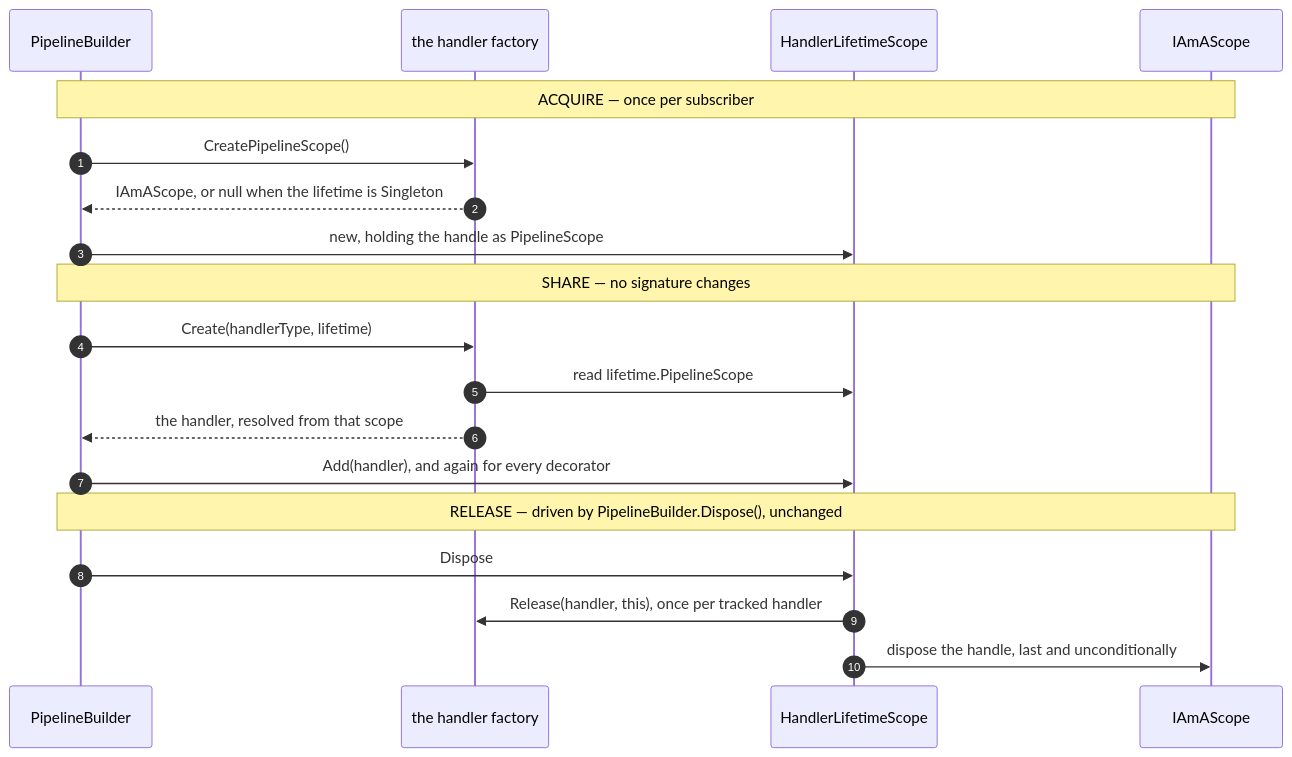
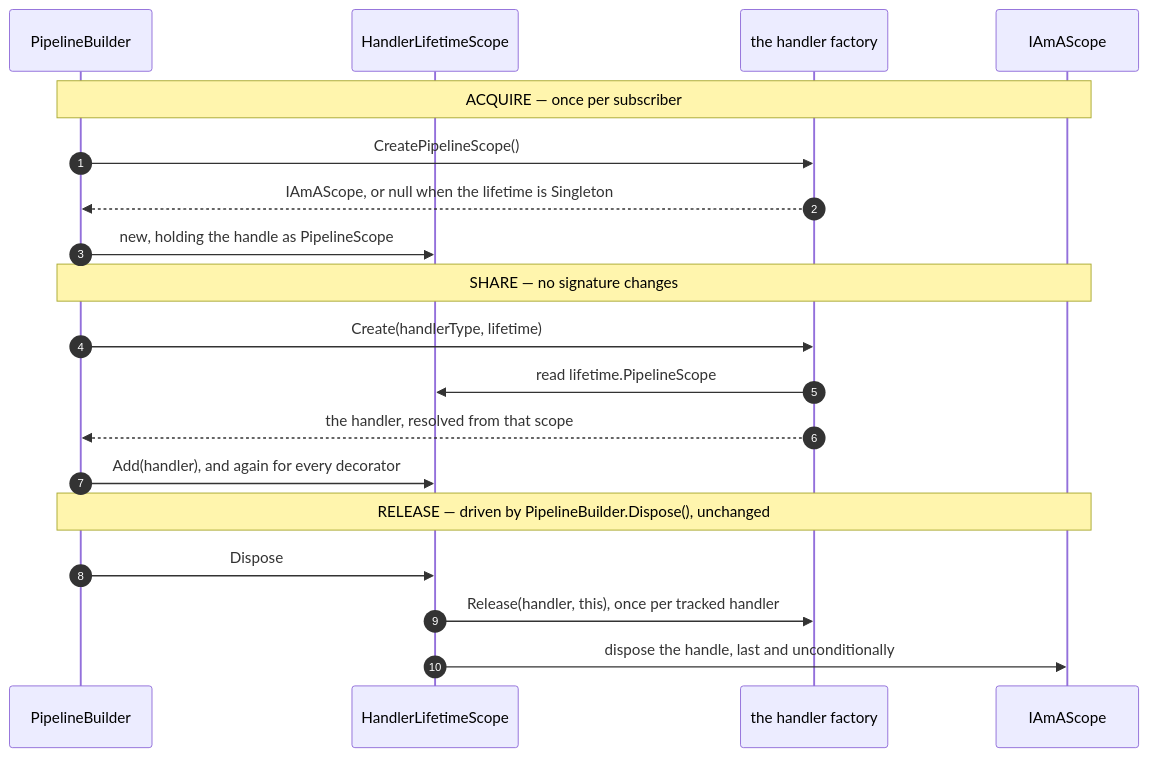
The second of 3 diagrams in docs/adr/0071-pipeline-scope-handle-for-handler-pipelines.md (BrighterCommand/Brighter), drawn with Mermaid before and after one commit. The commit also changed other lines of this file, not shown here.

````diff
--- a/docs/adr/0071-pipeline-scope-handle-for-handler-pipelines.md
+++ b/docs/adr/0071-pipeline-scope-handle-for-handler-pipelines.md
@@ -121,24 +121,24 @@
 ```mermaid
 sequenceDiagram
     autonumber
     participant Builder as PipelineBuilder
+    participant Lifetime as HandlerLifetimeScope
     participant Factory as the handler factory
-    participant Lifetime as HandlerLifetimeScope
     participant Scope as IAmAScope
 
     Note over Builder,Scope: ACQUIRE — once per subscriber
     Builder->>Factory: CreatePipelineScope()
     Factory-->>Builder: IAmAScope, or null when the lifetime is Singleton
     Builder->>Lifetime: new, holding the handle as PipelineScope
 
     Note over Builder,Scope: SHARE — no signature changes
     Builder->>Factory: Create(handlerType, lifetime)
     Factory->>Lifetime: read lifetime.PipelineScope
     Factory-->>Builder: the handler, resolved from that scope
     Builder->>Lifetime: Add(handler), and again for every decorator
 
     Note over Builder,Scope: RELEASE — driven by PipelineBuilder.Dispose(), unchanged
     Builder->>Lifetime: Dispose
     Lifetime->>Factory: Release(handler, this), once per tracked handler
     Lifetime->>Scope: dispose the handle, last and unconditionally
 ```
````
